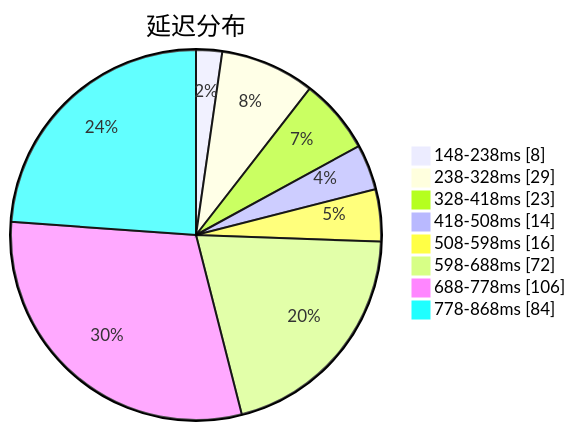
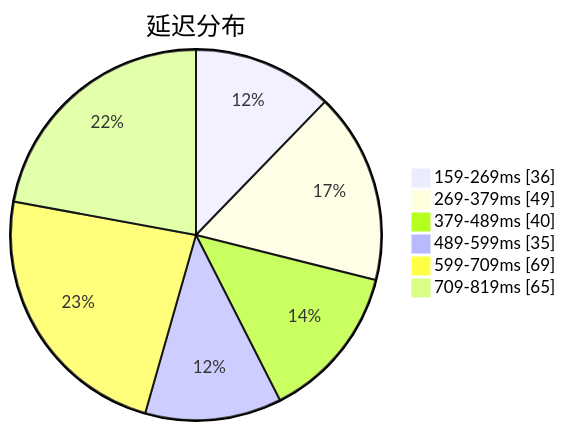
The first of 3 diagrams in subs/statistics/tested_within.md (qjlxg/airport), drawn with Mermaid before and after one commit. The commit also changed other lines of this file and 2 other files, not shown here.

Commit message:
Tested by metaST

````diff
--- a/subs/statistics/tested_within.md
+++ b/subs/statistics/tested_within.md
@@ -2,12 +2,10 @@
 ```mermaid
 pie showData
 title 延迟分布
-"148-238ms" : 8
-"238-328ms" : 29
-"328-418ms" : 23
-"418-508ms" : 14
-"508-598ms" : 16
-"598-688ms" : 72
-"688-778ms" : 106
-"778-868ms" : 84
+"159-269ms" : 36
+"269-379ms" : 49
+"379-489ms" : 40
+"489-599ms" : 35
+"599-709ms" : 69
+"709-819ms" : 65
 ```
````
